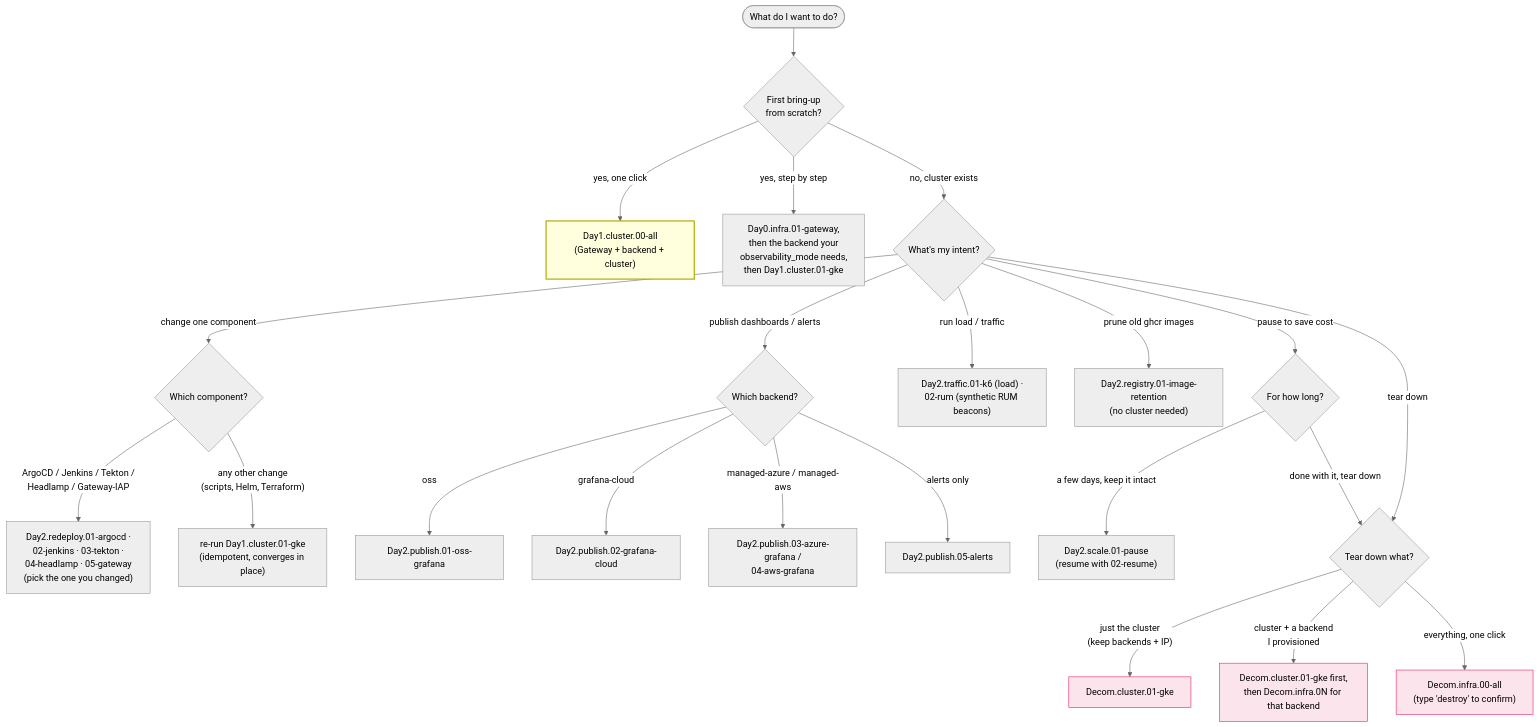
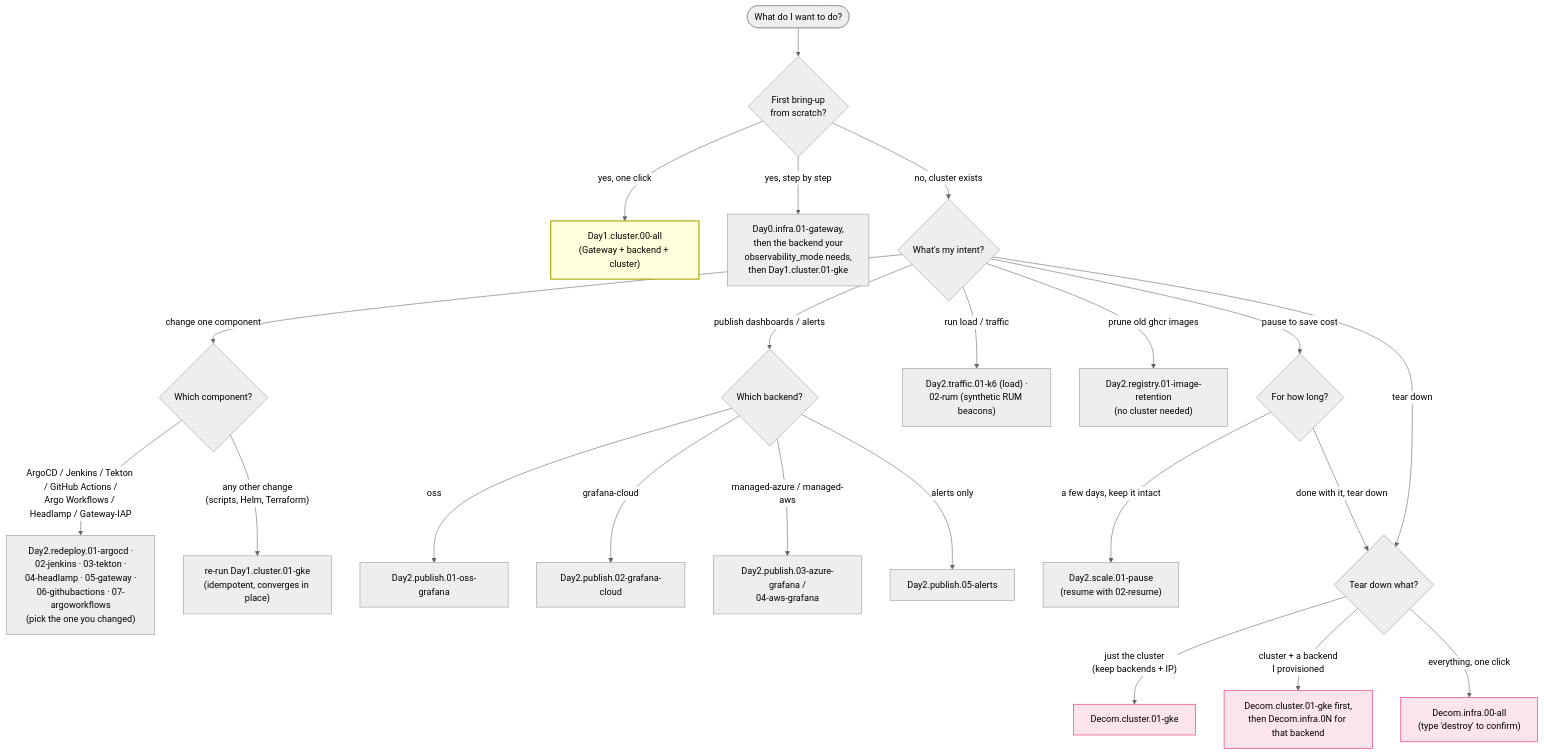
One commit to nubenetes/jenkins-2026 changed the third of 10 diagrams in docs/101-GITHUB_ACTIONS_WORKFLOWS.md. Above: the diagram before and after it, drawn with Mermaid (neutral theme). The commit also changed other lines of this file and 8 other files, not shown here.

First line of the commit message:
docs(ci): document githubactions + argoworkflows engines + cross-reference both

````diff
--- a/docs/101-GITHUB_ACTIONS_WORKFLOWS.md
+++ b/docs/101-GITHUB_ACTIONS_WORKFLOWS.md
@@ -257,36 +261,36 @@
 ```mermaid
 flowchart TD
     START(["What do I want to do?"])
 
     START --> Q_FIRST{"First bring-up<br/>from scratch?"}
     Q_FIRST -->|"yes, one click"| UMB["Day1.cluster.00-all<br/>(Gateway + backend + cluster)"]
     Q_FIRST -->|"yes, step by step"| STEPS["Day0.infra.01-gateway,<br/>then the backend your<br/>observability_mode needs,<br/>then Day1.cluster.01-gke"]
     Q_FIRST -->|"no, cluster exists"| Q_INTENT{"What's my intent?"}
 
     Q_INTENT -->|"change one component"| Q_WHAT{"Which component?"}
-    Q_WHAT -->|"ArgoCD / Jenkins / Tekton /<br/>Headlamp / Gateway-IAP"| REDEPLOY["Day2.redeploy.01-argocd ·<br/>02-jenkins · 03-tekton ·<br/>04-headlamp · 05-gateway<br/>(pick the one you changed)"]
+    Q_WHAT -->|"ArgoCD / Jenkins / Tekton / GitHub Actions /<br/>Argo Workflows / Headlamp / Gateway-IAP"| REDEPLOY["Day2.redeploy.01-argocd ·<br/>02-jenkins · 03-tekton ·<br/>04-headlamp · 05-gateway ·<br/>06-githubactions · 07-argoworkflows<br/>(pick the one you changed)"]
     Q_WHAT -->|"any other change<br/>(scripts, Helm, Terraform)"| RERUN["re-run Day1.cluster.01-gke<br/>(idempotent, converges in place)"]
 
     Q_INTENT -->|"publish dashboards / alerts"| Q_BACKEND{"Which backend?"}
     Q_BACKEND -->|"oss"| POSS["Day2.publish.01-oss-grafana"]
     Q_BACKEND -->|"grafana-cloud"| PGC["Day2.publish.02-grafana-cloud"]
     Q_BACKEND -->|"managed-azure / managed-aws"| PMAN["Day2.publish.03-azure-grafana /<br/>04-aws-grafana"]
     Q_BACKEND -->|"alerts only"| PALERT["Day2.publish.05-alerts"]
 
     Q_INTENT -->|"run load / traffic"| TRAFFIC["Day2.traffic.01-k6 (load) ·<br/>02-rum (synthetic RUM beacons)"]
     Q_INTENT -->|"prune old ghcr images"| REG["Day2.registry.01-image-retention<br/>(no cluster needed)"]
 
     Q_INTENT -->|"pause to save cost"| Q_DURATION{"For how long?"}
     Q_DURATION -->|"a few days, keep it intact"| PAUSE["Day2.scale.01-pause<br/>(resume with 02-resume)"]
     Q_DURATION -->|"done with it, tear down"| Q_TEAR{"Tear down what?"}
 
     Q_INTENT -->|"tear down"| Q_TEAR
     Q_TEAR -->|"just the cluster<br/>(keep backends + IP)"| DCLUSTER["Decom.cluster.01-gke"]
     Q_TEAR -->|"cluster + a backend<br/>I provisioned"| DTARGET["Decom.cluster.01-gke first,<br/>then Decom.infra.0N for that backend"]
     Q_TEAR -->|"everything, one click"| DALL["Decom.infra.00-all<br/>(type 'destroy' to confirm)"]
 
     classDef umb fill:#ffd,stroke:#aa0,stroke-width:2px;
     classDef destroy fill:#fce4ec,stroke:#e91e63;
     class UMB umb;
     class DCLUSTER,DTARGET,DALL destroy;
 ```
````
